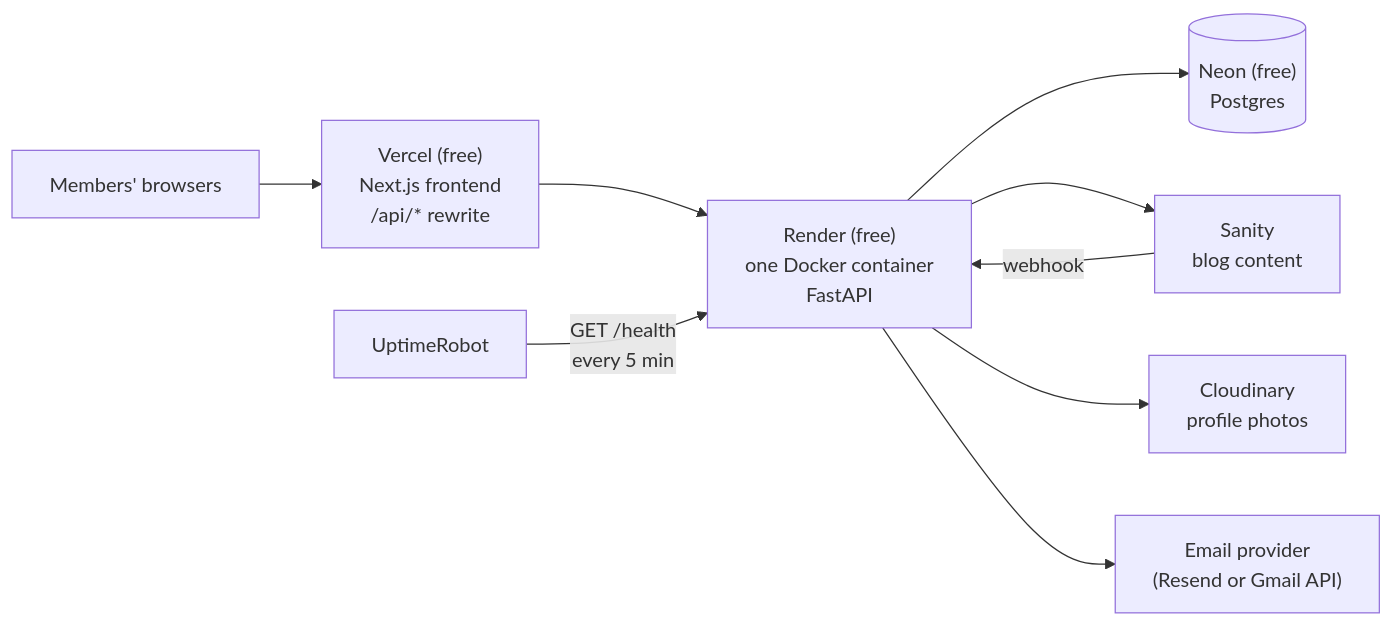
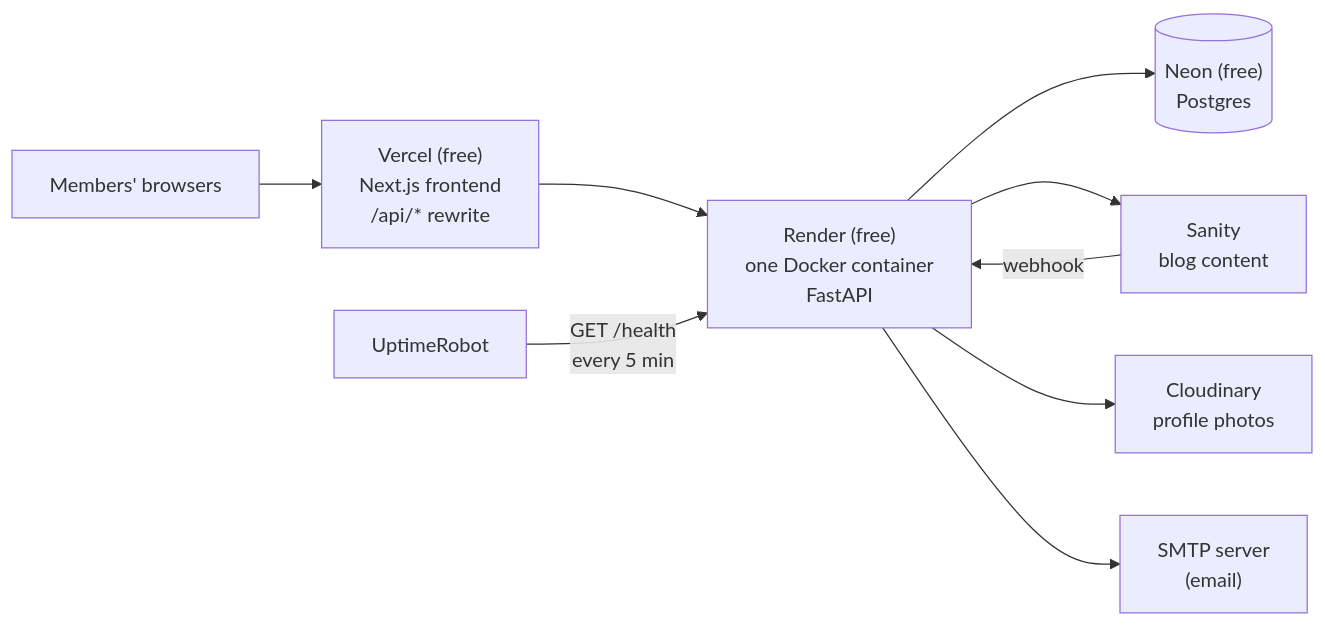
Before and after one commit to Imena-DevTeam/ImenaNewsBox.v2_backend: the diagram in docs/infrastructure.md, drawn with Mermaid. The commit also changed other lines of this file and 10 other files, not shown here.

Commit message:
Feat/email smtp (#27)

````diff
--- a/docs/infrastructure.md
+++ b/docs/infrastructure.md
@@ -9,11 +11,11 @@
 ```mermaid
 flowchart LR
     U[Members' browsers] --> V["Vercel (free)<br/>Next.js frontend<br/>/api/* rewrite"]
     V --> R["Render (free)<br/>one Docker container<br/>FastAPI"]
     UR[UptimeRobot] -->|"GET /health<br/>every 5 min"| R
     R --> N[("Neon (free)<br/>Postgres")]
     R --> S["Sanity<br/>blog content"]
     R --> C["Cloudinary<br/>profile photos"]
-    R --> M["Email provider<br/>(Resend or Gmail API)"]
+    R --> M["SMTP server<br/>(email)"]
     S -->|webhook| R
 ```
````
